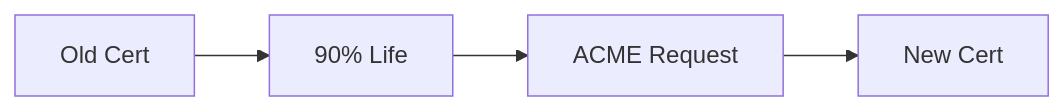
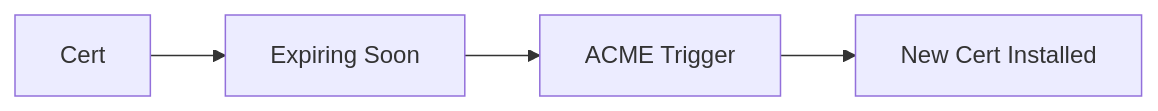
Diagram 17 of 30 in README.md (Devopstrio/identity-landingzone), drawn with Mermaid before and after one commit. The commit also changed other lines of this file, not shown here.

Commit message:
docs: finalize premium institutional-grade README with 30+ diagrams and executive summary

````diff
--- a/README.md
+++ b/README.md
@@ -147,6 +252,6 @@
 ```mermaid
 graph LR
-    Cert[Old Cert] --> Expiry[90% Life]
-    Expiry --> ACME[ACME Request]
-    ACME --> NewCert[New Cert]
+    Cert[Cert] --> Expiry[Expiring Soon]
+    Expiry --> ACME[ACME Trigger]
+    ACME --> New[New Cert Installed]
 ```
````
